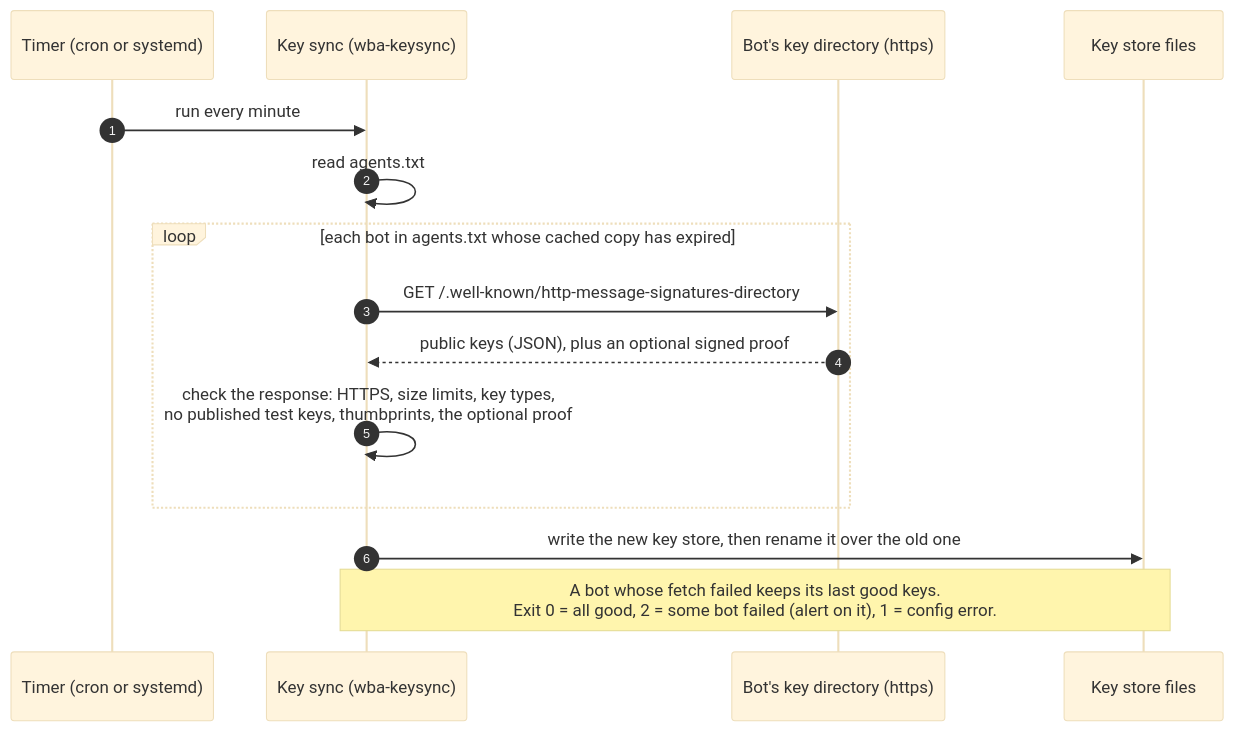
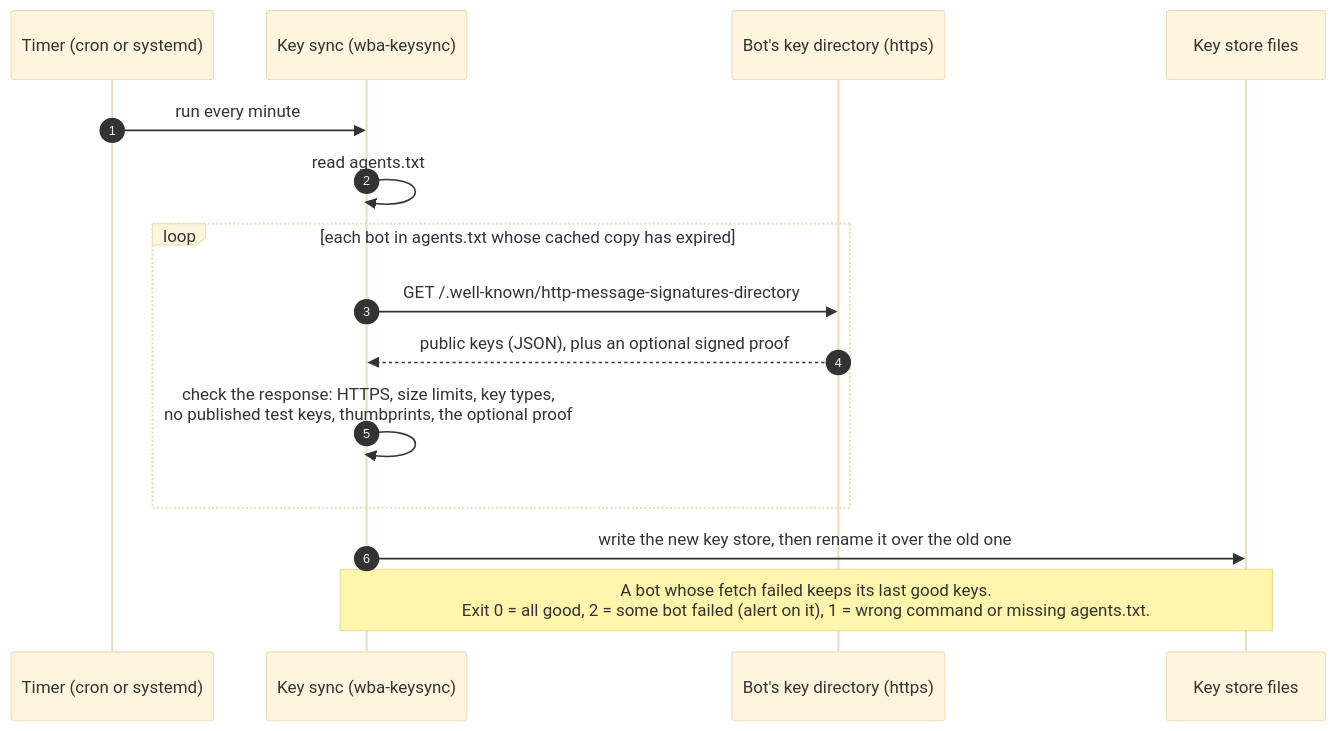
Before and after one commit to etiennemunnich/modsec-webbotauth-lua: the third of 8 diagrams in lua/wba/HOW-IT-WORKS.md, drawn with Mermaid (base theme). The commit also changed other lines of this file and 84 other files, not shown here.

````diff
--- a/lua/wba/HOW-IT-WORKS.md
+++ b/lua/wba/HOW-IT-WORKS.md
@@ -78,17 +79,17 @@
 ```mermaid
 sequenceDiagram
     autonumber
     participant T as Timer (cron or systemd)
     participant K as Key sync (wba-keysync)
     participant D as Bot's key directory (https)
     participant F as Key store files
     T->>K: run every minute
     K->>K: read agents.txt
     loop each bot in agents.txt whose cached copy has expired
         K->>D: GET /.well-known/http-message-signatures-directory
         D-->>K: public keys (JSON), plus an optional signed proof
         K->>K: check the response: HTTPS, size limits, key types,<br/>no published test keys, thumbprints, the optional proof
     end
     K->>F: write the new key store, then rename it over the old one
-    Note over K,F: A bot whose fetch failed keeps its last good keys.<br/>Exit 0 = all good, 2 = some bot failed (alert on it), 1 = config error.
+    Note over K,F: A bot whose fetch failed keeps its last good keys.<br/>Exit 0 = all good, 2 = some bot failed (alert on it), 1 = wrong command or missing agents.txt.
 ```
````
